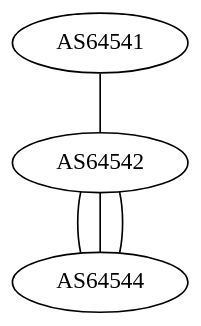
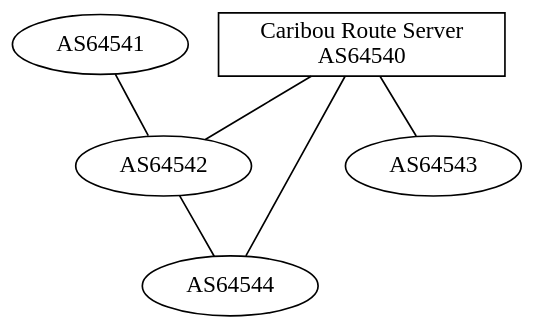
Before and after one commit to GLaNET/resources: the diagram in as-graph.dot, drawn with Graphviz.

Commit message:
AS Graph update

```diff
--- a/as-graph.dot
+++ b/as-graph.dot
@@ -1,10 +1,15 @@
 graph GLaNET
 {
         edge [len=2];
         graph [bgcolor=transparent]
 
+        AS64540 [shape=box];
+        AS64540 [label="Caribou Route Server\nAS64540"];
+
         AS64542 -- AS64544; // [label="1"];
-        AS64542 -- AS64544;
-        AS64542 -- AS64544;
+#        AS64542 -- AS64544;
         AS64541 -- AS64542;
+        AS64540 -- AS64542;
+        AS64540 -- AS64544;
+        AS64540 -- AS64543;
 }
```
